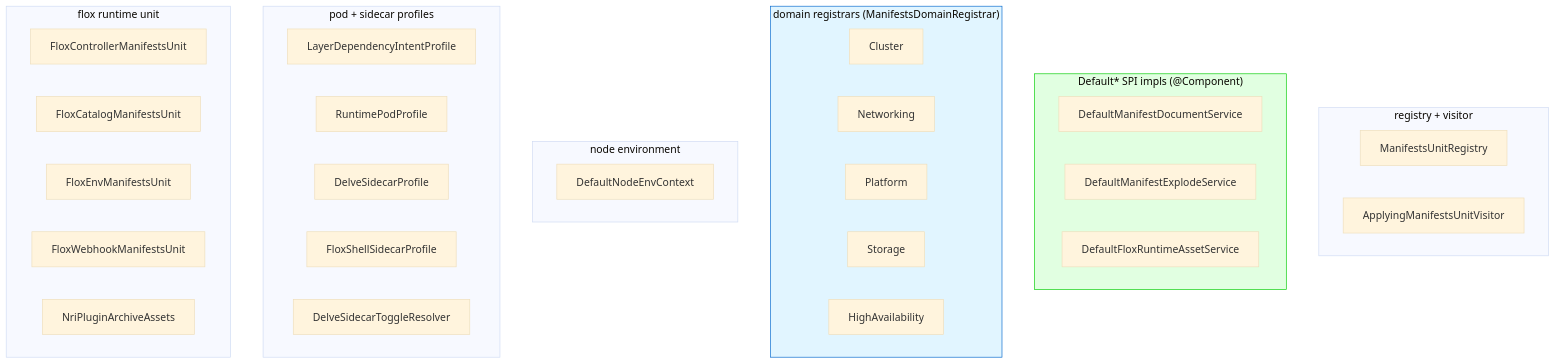
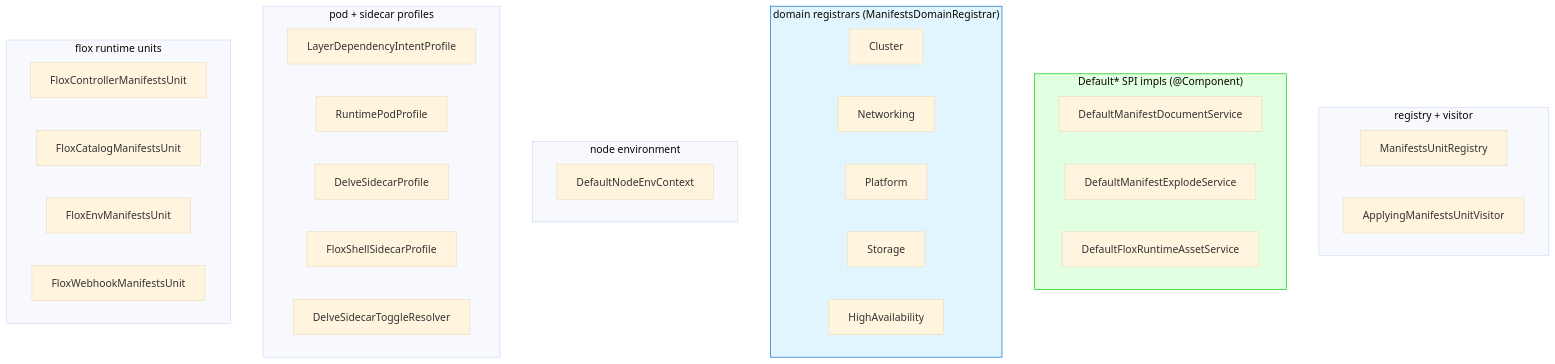
Before and after one commit to nxmatic/rke2lab: the sixth of 6 diagrams in docs/architecture/manifests/manifests-architecture.adoc, drawn with Mermaid (base theme). The commit also changed other lines of this file and 39 other files, not shown here.

```diff
--- a/docs/architecture/manifests/manifests-architecture.adoc
+++ b/docs/architecture/manifests/manifests-architecture.adoc
@@ -541,39 +543,38 @@
 [mermaid]
 ----
 graph TB
     subgraph reg["registry + visitor"]
       RG["ManifestsUnitRegistry"]
       VIS["ApplyingManifestsUnitVisitor"]
     end
     subgraph svc["Default* SPI impls (@Component)"]
       DDOC["DefaultManifestDocumentService"]
       DEXP["DefaultManifestExplodeService"]
       DFLOX["DefaultFloxRuntimeAssetService"]
     end
     subgraph regs["domain registrars (ManifestsDomainRegistrar)"]
       RC["Cluster"]
       RN["Networking"]
       RP["Platform"]
       RS["Storage"]
       RH["HighAvailability"]
     end
     subgraph node["node environment"]
       DNEC["DefaultNodeEnvContext"]
     end
     subgraph prof["pod + sidecar profiles"]
       LDIP["LayerDependencyIntentProfile"]
       RPP["RuntimePodProfile"]
       DSP["DelveSidecarProfile"]
       FSSP["FloxShellSidecarProfile"]
       DSTR["DelveSidecarToggleResolver"]
     end
-    subgraph flox["flox runtime unit"]
+    subgraph flox["flox runtime units"]
       FCMU["FloxControllerManifestsUnit"]
       FFCU["FloxCatalogManifestsUnit"]
       FEMU["FloxEnvManifestsUnit"]
       FWMU["FloxWebhookManifestsUnit"]
-      NRI["NriPluginArchiveAssets"]
     end
     style svc fill:#e1ffe1,stroke:#00cc00
     style regs fill:#e1f5ff,stroke:#0066cc
 ----
```
